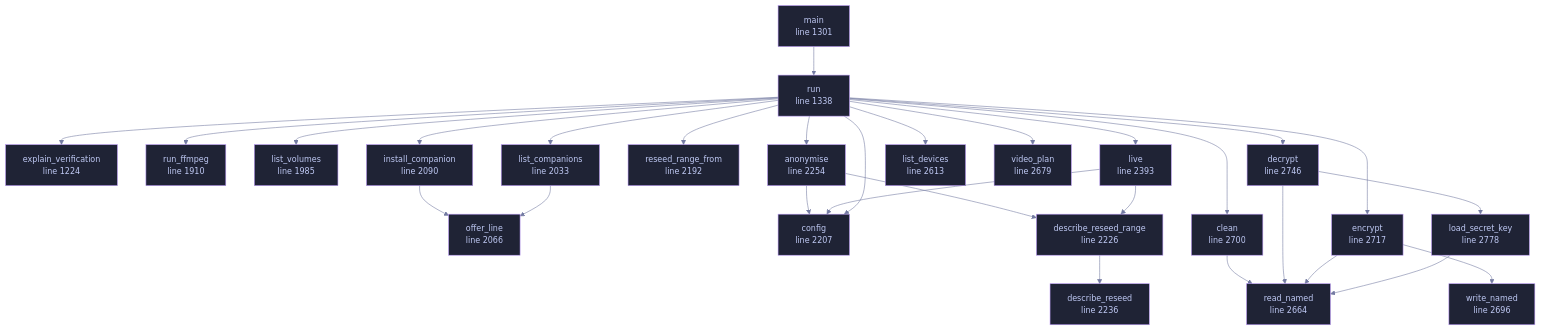
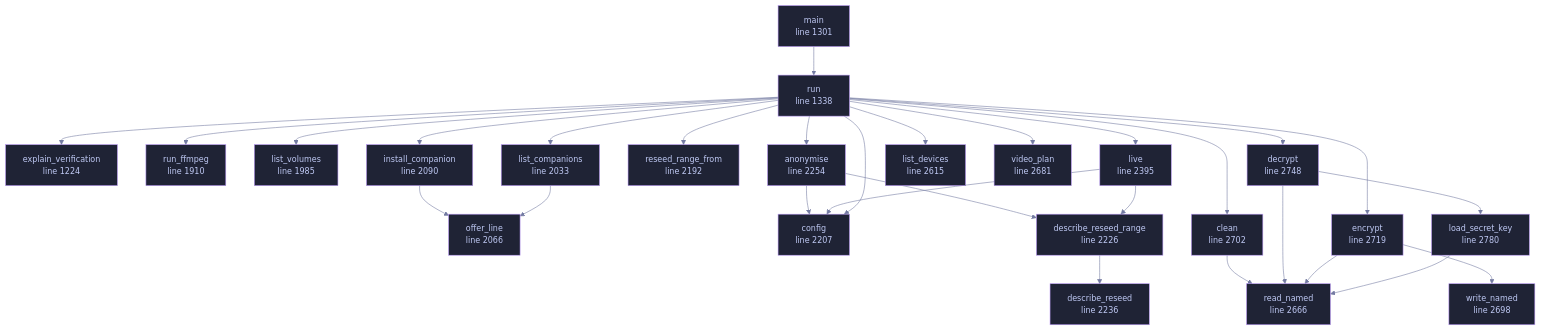
The diagram in docs/files/veilvoice-cli/main.md (tilas01/veilvoice), drawn with Mermaid before and after one commit. The commit also changed other lines of this file and 68 other files, not shown here.

````diff
--- a/docs/files/veilvoice-cli/main.md
+++ b/docs/files/veilvoice-cli/main.md
@@ -135,78 +135,78 @@
 ```mermaid
 %%{init: {"theme":"base","themeVariables":{"background":"#1a1b26","primaryColor":"#1f2335","primaryTextColor":"#c0caf5","primaryBorderColor":"#7aa2f7","secondaryColor":"#16161e","tertiaryColor":"#16161e","lineColor":"#737aa2","textColor":"#c0caf5","mainBkg":"#1f2335","nodeBorder":"#7aa2f7","clusterBkg":"#16161e","clusterBorder":"#2f3549","fontFamily":"ui-monospace, SFMono-Regular, Consolas, monospace","fontSize":"14px"}}}%%
 flowchart TD
     n_explain_verification["explain_verification<br/>line 1224"]
     n_main["main<br/>line 1301"]
     n_run["run<br/>line 1338"]
     n_run_ffmpeg["run_ffmpeg<br/>line 1910"]
     n_list_volumes["list_volumes<br/>line 1985"]
     n_list_companions["list_companions<br/>line 2033"]
     n_offer_line["offer_line<br/>line 2066"]
     n_install_companion["install_companion<br/>line 2090"]
     n_reseed_range_from["reseed_range_from<br/>line 2192"]
     n_config["config<br/>line 2207"]
     n_describe_reseed_range["describe_reseed_range<br/>line 2226"]
     n_describe_reseed["describe_reseed<br/>line 2236"]
     n_anonymise["anonymise<br/>line 2254"]
-    n_live["live<br/>line 2393"]
-    n_list_devices["list_devices<br/>line 2613"]
-    n_read_named["read_named<br/>line 2664"]
-    n_video_plan["video_plan<br/>line 2679"]
-    n_write_named["write_named<br/>line 2696"]
-    n_clean["clean<br/>line 2700"]
-    n_encrypt["encrypt<br/>line 2717"]
-    n_decrypt["decrypt<br/>line 2746"]
-    n_load_secret_key["load_secret_key<br/>line 2778"]
+    n_live["live<br/>line 2395"]
+    n_list_devices["list_devices<br/>line 2615"]
+    n_read_named["read_named<br/>line 2666"]
+    n_video_plan["video_plan<br/>line 2681"]
+    n_write_named["write_named<br/>line 2698"]
+    n_clean["clean<br/>line 2702"]
+    n_encrypt["encrypt<br/>line 2719"]
+    n_decrypt["decrypt<br/>line 2748"]
+    n_load_secret_key["load_secret_key<br/>line 2780"]
     n_anonymise --> n_config
     n_anonymise --> n_describe_reseed_range
     n_clean --> n_read_named
     n_decrypt --> n_load_secret_key
     n_decrypt --> n_read_named
     n_describe_reseed_range --> n_describe_reseed
     n_encrypt --> n_read_named
     n_encrypt --> n_write_named
     n_install_companion --> n_offer_line
     n_list_companions --> n_offer_line
     n_live --> n_config
     n_live --> n_describe_reseed_range
     n_load_secret_key --> n_read_named
     n_main --> n_run
     n_run --> n_anonymise
     n_run --> n_clean
     n_run --> n_config
     n_run --> n_decrypt
     n_run --> n_encrypt
     n_run --> n_explain_verification
     n_run --> n_install_companion
     n_run --> n_list_companions
     n_run --> n_list_devices
     n_run --> n_list_volumes
     n_run --> n_live
     n_run --> n_reseed_range_from
     n_run --> n_run_ffmpeg
     n_run --> n_video_plan
     click n_explain_verification href "https://github.com/tilas01/veilvoice/blob/main/crates/veilvoice-cli/src/main.rs#L1224" "open the source"
     click n_main href "https://github.com/tilas01/veilvoice/blob/main/crates/veilvoice-cli/src/main.rs#L1301" "open the source"
     click n_run href "https://github.com/tilas01/veilvoice/blob/main/crates/veilvoice-cli/src/main.rs#L1338" "open the source"
     click n_run_ffmpeg href "https://github.com/tilas01/veilvoice/blob/main/crates/veilvoice-cli/src/main.rs#L1910" "open the source"
     click n_list_volumes href "https://github.com/tilas01/veilvoice/blob/main/crates/veilvoice-cli/src/main.rs#L1985" "open the source"
     click n_list_companions href "https://github.com/tilas01/veilvoice/blob/main/crates/veilvoice-cli/src/main.rs#L2033" "open the source"
     click n_offer_line href "https://github.com/tilas01/veilvoice/blob/main/crates/veilvoice-cli/src/main.rs#L2066" "open the source"
     click n_install_companion href "https://github.com/tilas01/veilvoice/blob/main/crates/veilvoice-cli/src/main.rs#L2090" "open the source"
     click n_reseed_range_from href "https://github.com/tilas01/veilvoice/blob/main/crates/veilvoice-cli/src/main.rs#L2192" "open the source"
     click n_config href "https://github.com/tilas01/veilvoice/blob/main/crates/veilvoice-cli/src/main.rs#L2207" "open the source"
     click n_describe_reseed_range href "https://github.com/tilas01/veilvoice/blob/main/crates/veilvoice-cli/src/main.rs#L2226" "open the source"
     click n_describe_reseed href "https://github.com/tilas01/veilvoice/blob/main/crates/veilvoice-cli/src/main.rs#L2236" "open the source"
     click n_anonymise href "https://github.com/tilas01/veilvoice/blob/main/crates/veilvoice-cli/src/main.rs#L2254" "open the source"
-    click n_live href "https://github.com/tilas01/veilvoice/blob/main/crates/veilvoice-cli/src/main.rs#L2393" "open the source"
-    click n_list_devices href "https://github.com/tilas01/veilvoice/blob/main/crates/veilvoice-cli/src/main.rs#L2613" "open the source"
-    click n_read_named href "https://github.com/tilas01/veilvoice/blob/main/crates/veilvoice-cli/src/main.rs#L2664" "open the source"
-    click n_video_plan href "https://github.com/tilas01/veilvoice/blob/main/crates/veilvoice-cli/src/main.rs#L2679" "open the source"
-    click n_write_named href "https://github.com/tilas01/veilvoice/blob/main/crates/veilvoice-cli/src/main.rs#L2696" "open the source"
-    click n_clean href "https://github.com/tilas01/veilvoice/blob/main/crates/veilvoice-cli/src/main.rs#L2700" "open the source"
-    click n_encrypt href "https://github.com/tilas01/veilvoice/blob/main/crates/veilvoice-cli/src/main.rs#L2717" "open the source"
-    click n_decrypt href "https://github.com/tilas01/veilvoice/blob/main/crates/veilvoice-cli/src/main.rs#L2746" "open the source"
-    click n_load_secret_key href "https://github.com/tilas01/veilvoice/blob/main/crates/veilvoice-cli/src/main.rs#L2778" "open the source"
+    click n_live href "https://github.com/tilas01/veilvoice/blob/main/crates/veilvoice-cli/src/main.rs#L2395" "open the source"
+    click n_list_devices href "https://github.com/tilas01/veilvoice/blob/main/crates/veilvoice-cli/src/main.rs#L2615" "open the source"
+    click n_read_named href "https://github.com/tilas01/veilvoice/blob/main/crates/veilvoice-cli/src/main.rs#L2666" "open the source"
+    click n_video_plan href "https://github.com/tilas01/veilvoice/blob/main/crates/veilvoice-cli/src/main.rs#L2681" "open the source"
+    click n_write_named href "https://github.com/tilas01/veilvoice/blob/main/crates/veilvoice-cli/src/main.rs#L2698" "open the source"
+    click n_clean href "https://github.com/tilas01/veilvoice/blob/main/crates/veilvoice-cli/src/main.rs#L2702" "open the source"
+    click n_encrypt href "https://github.com/tilas01/veilvoice/blob/main/crates/veilvoice-cli/src/main.rs#L2719" "open the source"
+    click n_decrypt href "https://github.com/tilas01/veilvoice/blob/main/crates/veilvoice-cli/src/main.rs#L2748" "open the source"
+    click n_load_secret_key href "https://github.com/tilas01/veilvoice/blob/main/crates/veilvoice-cli/src/main.rs#L2780" "open the source"
     classDef helper fill:#1f2335,stroke:#bb9af7,color:#c0caf5
     class n_explain_verification,n_main,n_run,n_run_ffmpeg,n_list_volumes,n_list_companions,n_offer_line,n_install_companion,n_reseed_range_from,n_config,n_describe_reseed_range,n_describe_reseed,n_anonymise,n_live,n_list_devices,n_read_named,n_video_plan,n_write_named,n_clean,n_encrypt,n_decrypt,n_load_secret_key helper
 ```
````
